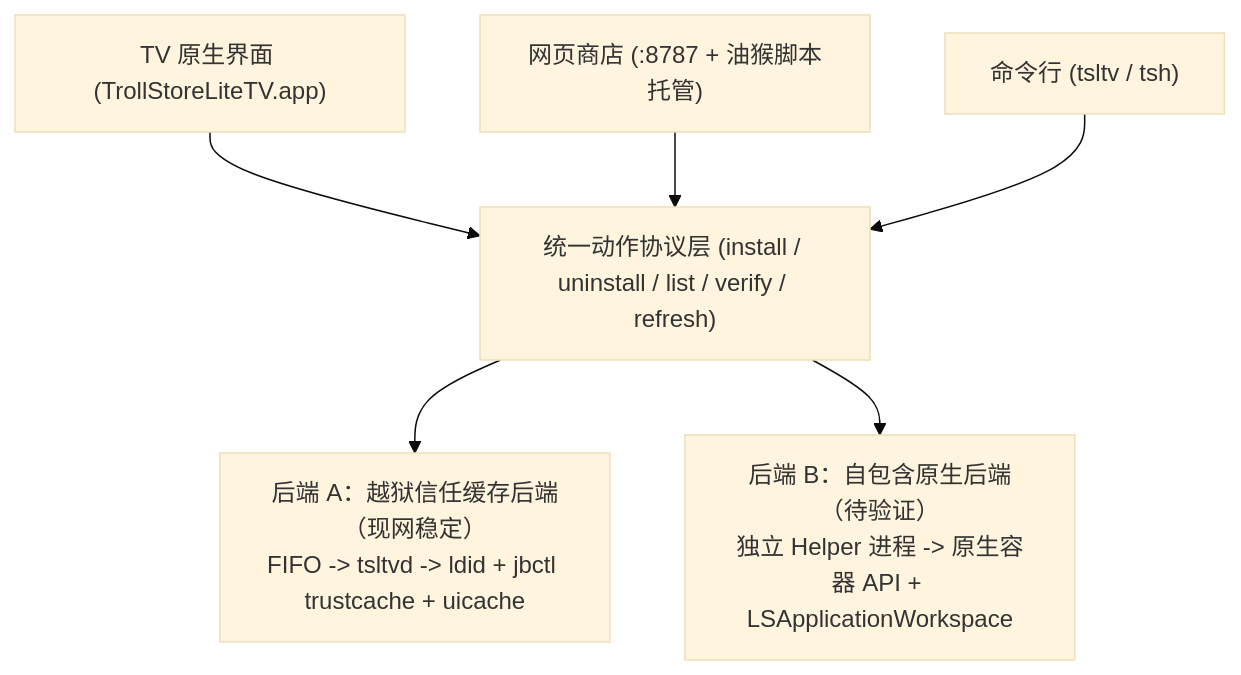
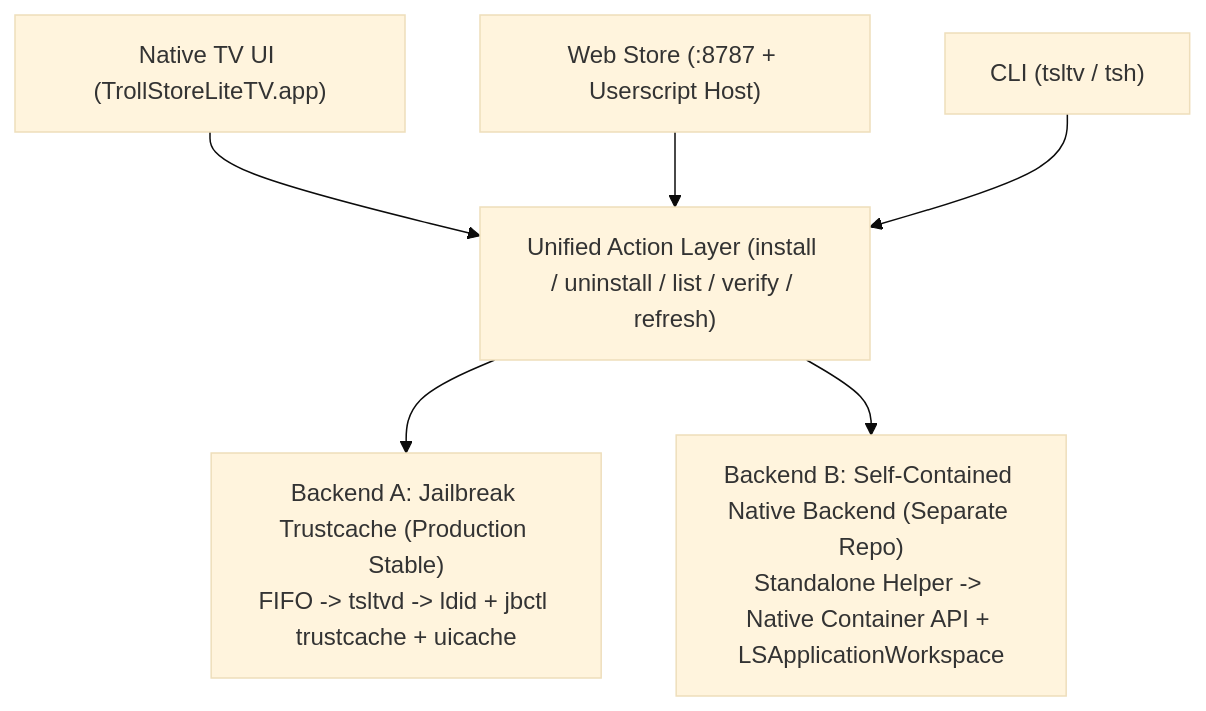
Before and after one commit to comicchang/trollstore-lite-tv: the first of 2 diagrams in docs/en/VERIFICATION-DESIGN.md, drawn with Mermaid (base theme). The commit also changed other lines of this file and 25 other files, not shown here.

````diff
--- a/docs/en/VERIFICATION-DESIGN.md
+++ b/docs/en/VERIFICATION-DESIGN.md
@@ -27,9 +27,9 @@
 ```mermaid
 flowchart TD
-    UI["TV 原生界面 (TrollStoreLiteTV.app)"] --> API["统一动作协议层 (install / uninstall / list / verify / refresh)"]
-    WEB["网页商店 (:8787 + 油猴脚本托管)"] --> API
-    CLI["命令行 (tsltv / tsh)"] --> API
+    UI["Native TV UI (TrollStoreLiteTV.app)"] --> API["Unified Action Layer (install / uninstall / list / verify / refresh)"]
+    WEB["Web Store (:8787 + Userscript Host)"] --> API
+    CLI["CLI (tsltv / tsh)"] --> API
 
-    API --> B1["后端 A：越狱信任缓存后端（现网稳定）\nFIFO -> tsltvd -> ldid + jbctl trustcache + uicache"]
-    API --> B2["后端 B：自包含原生后端（待验证）\n独立 Helper 进程 -> 原生容器 API + LSApplicationWorkspace"]
+    API --> B1["Backend A: Jailbreak Trustcache (Production Stable)<br/>FIFO -&gt; tsltvd -&gt; ldid + jbctl trustcache + uicache"]
+    API --> B2["Backend B: Self-Contained Native Backend (Separate Repo)<br/>Standalone Helper -&gt; Native Container API + LSApplicationWorkspace"]
 ```
````
